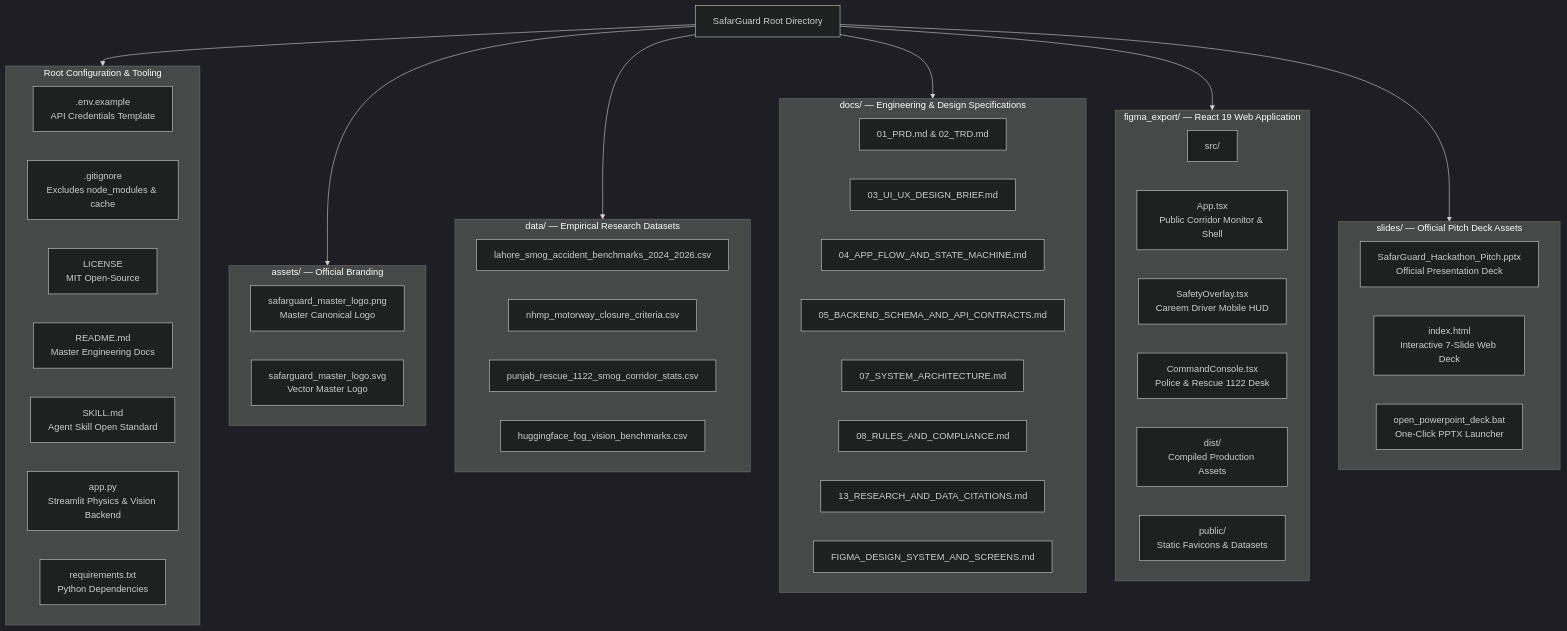
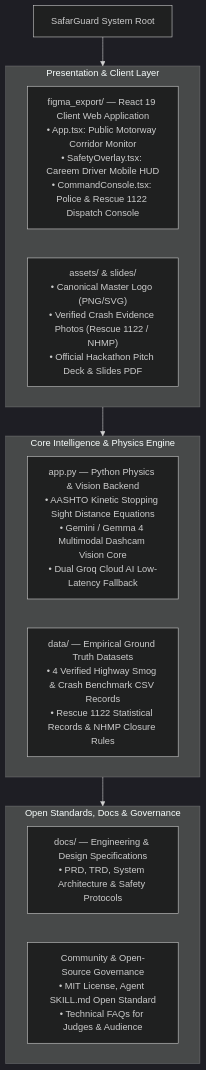
Before and after one commit to Javeriaf19/SafarGuard: the third of 3 diagrams in README.md, drawn with Mermaid (dark theme). The commit also changed other lines of this file and 9 other files, not shown here.

Commit message:
docs: Fix Mermaid layout to vertical stack, add complete ASCII directory tree, embed in-browser slide PDF, and refine sponsor track justification

````diff
--- a/README.md
+++ b/README.md
@@ -352,59 +396,23 @@
 ```mermaid
 flowchart TD
-    ROOT["SafarGuard Root Directory"]
+    ROOT["SafarGuard System Root"]
 
-    subgraph CONFIG["Root Configuration & Tooling"]
-        ENV[".env.example<br>API Credentials Template"]
-        GIT[".gitignore<br>Excludes node_modules & cache"]
-        LIC["LICENSE<br>MIT Open-Source"]
-        README["README.md<br>Master Engineering Docs"]
-        SKILL["SKILL.md<br>Agent Skill Open Standard"]
-        PY_APP["app.py<br>Streamlit Physics & Vision Backend"]
-        REQ["requirements.txt<br>Python Dependencies"]
+    subgraph PRESENTATION["Presentation & Client Layer"]
+        FRONTEND["figma_export/ — React 19 Client Web Application<br>• App.tsx: Public Motorway Corridor Monitor<br>• SafetyOverlay.tsx: Careem Driver Mobile HUD<br>• CommandConsole.tsx: Police & Rescue 1122 Dispatch Console"]
+        ASSETS["assets/ & slides/<br>• Canonical Master Logo (PNG/SVG)<br>• Verified Crash Evidence Photos (Rescue 1122 / NHMP)<br>• Official Hackathon Pitch Deck & Slides PDF"]
     end
 
-    subgraph ASSETS["assets/ — Official Branding"]
-        PNG["safarguard_master_logo.png<br>Master Canonical Logo"]
-        SVG["safarguard_master_logo.svg<br>Vector Master Logo"]
+    subgraph ENGINE["Core Intelligence & Physics Engine"]
+        BACKEND["app.py — Python Physics & Vision Backend<br>• AASHTO Kinetic Stopping Sight Distance Equations<br>• Gemini / Gemma 4 Multimodal Dashcam Vision Core<br>• Dual Groq Cloud AI Low-Latency Fallback"]
+        DATA["data/ — Empirical Ground Truth Datasets<br>• 4 Verified Highway Smog & Crash Benchmark CSV Records<br>• Rescue 1122 Statistical Records & NHMP Closure Rules"]
     end
 
-    subgraph DATA["data/ — Empirical Research Datasets"]
-        D1["lahore_smog_accident_benchmarks_2024_2026.csv"]
-        D2["nhmp_motorway_closure_criteria.csv"]
-        D3["punjab_rescue_1122_smog_corridor_stats.csv"]
-        D4["huggingface_fog_vision_benchmarks.csv"]
+    subgraph STANDARDS["Open Standards, Docs & Governance"]
+        DOCS["docs/ — Engineering & Design Specifications<br>• PRD, TRD, System Architecture & Safety Protocols"]
+        GOV["Community & Open-Source Governance<br>• MIT License, Agent SKILL.md Open Standard<br>• Technical FAQs for Judges & Audience"]
     end
 
-    subgraph DOCS["docs/ — Engineering & Design Specifications"]
-        PRD["01_PRD.md & 02_TRD.md"]
-        UI_BRIEF["03_UI_UX_DESIGN_BRIEF.md"]
-        STATE["04_APP_FLOW_AND_STATE_MACHINE.md"]
-        SCHEMA["05_BACKEND_SCHEMA_AND_API_CONTRACTS.md"]
-        ARCH["07_SYSTEM_ARCHITECTURE.md"]
-        RULES["08_RULES_AND_COMPLIANCE.md"]
-        CITATIONS["13_RESEARCH_AND_DATA_CITATIONS.md"]
-        FIGMA_DOC["FIGMA_DESIGN_SYSTEM_AND_SCREENS.md"]
-    end
-
-    subgraph FRONTEND["figma_export/ — React 19 Web Application"]
-        F_SRC["src/"]
-        F_APP["App.tsx<br>Public Corridor Monitor & Shell"]
-        F_SAFETY["SafetyOverlay.tsx<br>Careem Driver Mobile HUD"]
-        F_CONSOLE["CommandConsole.tsx<br>Police & Rescue 1122 Desk"]
-        F_DIST["dist/<br>Compiled Production Assets"]
-        F_PUB["public/<br>Static Favicons & Datasets"]
-    end
-
-    subgraph SLIDES["slides/ — Official Pitch Deck Assets"]
-        DECK_PPTX["SafarGuard_Hackathon_Pitch.pptx<br>Official Presentation Deck"]
-        DECK_HTML["index.html<br>Interactive 7-Slide Web Deck"]
-        DECK_BAT["open_powerpoint_deck.bat<br>One-Click PPTX Launcher"]
-    end
-
-    ROOT --> CONFIG
-    ROOT --> ASSETS
-    ROOT --> DATA
-    ROOT --> DOCS
-    ROOT --> FRONTEND
-    ROOT --> SLIDES
+    ROOT --> PRESENTATION
+    PRESENTATION --> ENGINE
+    ENGINE --> STANDARDS
 ```
````
